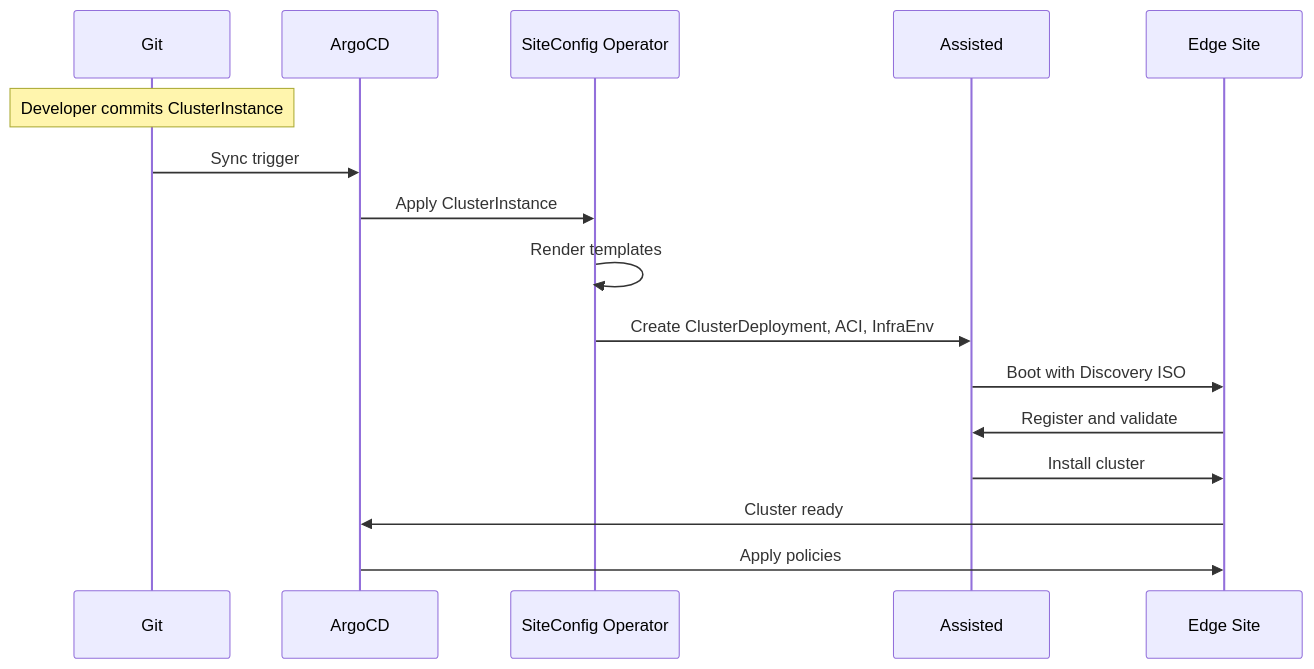
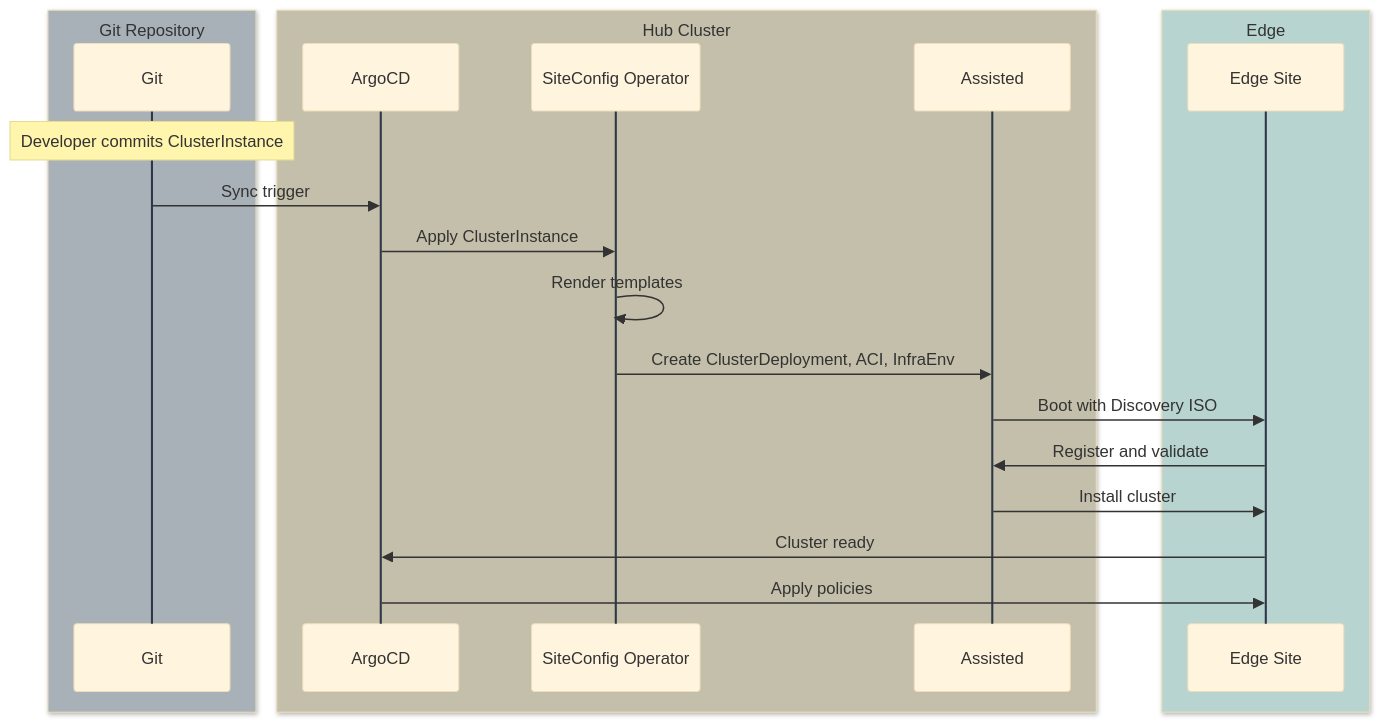
The second of 2 diagrams in 06-gitops-provisioning/ztp.md (zszabo-rh/openshift-install-guide), drawn with Mermaid before and after one commit. The commit also changed other lines of this file and 16 other files, not shown here.

Commit message:
improved diagram style

````diff
--- a/06-gitops-provisioning/ztp.md
+++ b/06-gitops-provisioning/ztp.md
@@ -74,19 +96,28 @@
 ```mermaid
+%%{init: {'theme': 'base', 'themeVariables': { 'lineColor': '#2d3748', 'actorLineColor': '#2d3748' }}}%%
 sequenceDiagram
-    participant Git
-    participant ArgoCD
-    participant SiteConfig as SiteConfig Operator
-    participant Assisted
-    participant Site as Edge Site
+    box rgb(168,176,184) Git Repository
+        participant Git
+    end
+    
+    box rgb(196,191,170) Hub Cluster
+        participant ArgoCD
+        participant SiteConfig as SiteConfig Operator
+        participant Assisted
+    end
+    
+    box rgb(184,212,208) Edge
+        participant Site as Edge Site
+    end
     
     Note over Git: Developer commits ClusterInstance
     Git->>ArgoCD: Sync trigger
     ArgoCD->>SiteConfig: Apply ClusterInstance
     SiteConfig->>SiteConfig: Render templates
     SiteConfig->>Assisted: Create ClusterDeployment, ACI, InfraEnv
     Assisted->>Site: Boot with Discovery ISO
     Site->>Assisted: Register and validate
     Assisted->>Site: Install cluster
     Site->>ArgoCD: Cluster ready
     ArgoCD->>Site: Apply policies
 ```
````
